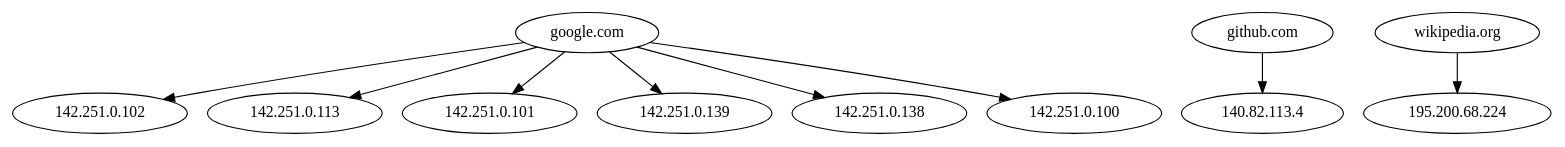
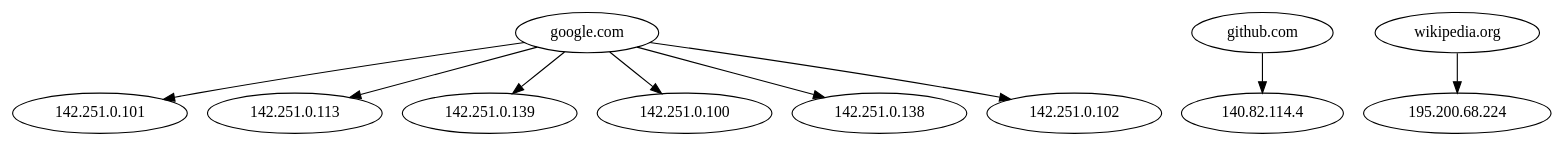
The diagram in out/preview.grafo.dot (MjsaMax/Proyecto-12-Mapa-de-dependencias-DNS-entre-servicios--A-CNAME--con-detecci-n-de-ciclos), drawn with Graphviz before and after one commit. The commit also changed 6 other files, not shown here.

```diff
--- a/out/preview.grafo.dot
+++ b/out/preview.grafo.dot
@@ -1,10 +1,10 @@
 digraph DNS {
+"google.com" -> "142.251.0.101";
+"google.com" -> "142.251.0.113";
+"google.com" -> "142.251.0.139";
+"google.com" -> "142.251.0.100";
+"google.com" -> "142.251.0.138";
 "google.com" -> "142.251.0.102";
-"google.com" -> "142.251.0.113";
-"google.com" -> "142.251.0.101";
-"google.com" -> "142.251.0.139";
-"google.com" -> "142.251.0.138";
-"google.com" -> "142.251.0.100";
-"github.com" -> "140.82.113.4";
+"github.com" -> "140.82.114.4";
 "wikipedia.org" -> "195.200.68.224";
 }
```
